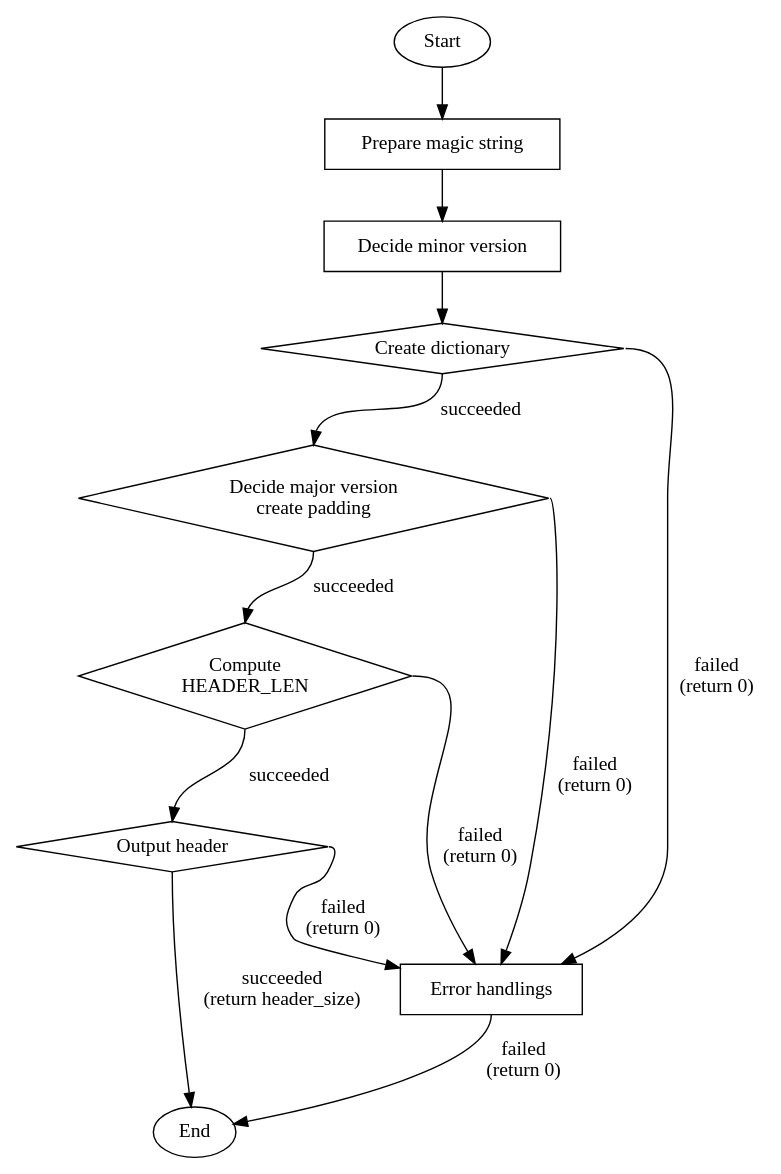
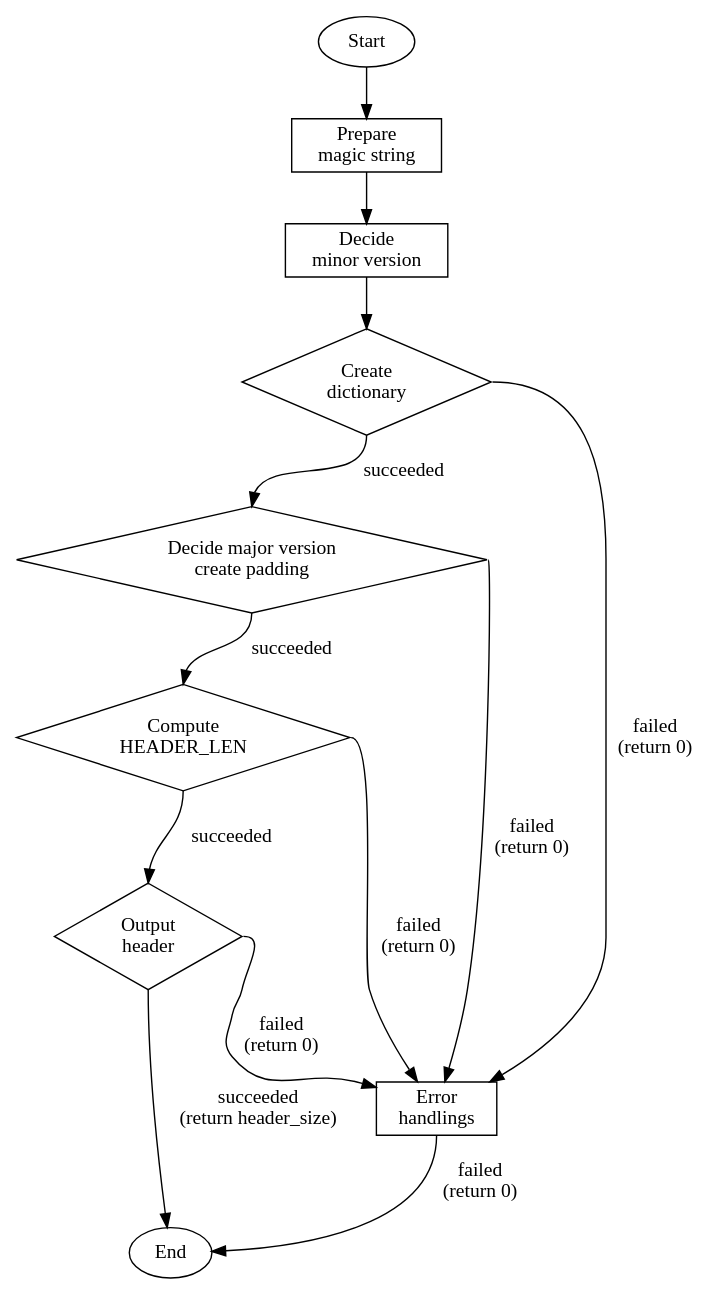
The diagram in docs/source/implementation_writer.rst (NaokiHori/SimpleNpyIO), drawn with Graphviz before and after one commit. The commit also changed 5 other files, not shown here.

```diff
--- a/docs/source/implementation_writer.rst
+++ b/docs/source/implementation_writer.rst
@@ -53,57 +53,57 @@
 .. graphviz::
 
    digraph {
 
       spline = false;
 
       start [
          label = "Start";
          shape = oval;
       ];
       magic_string [
-         label = "Prepare magic string";
+         label = "Prepare\nmagic string";
          shape = rect;
       ];
       minor_version [
-         label = "Decide minor version";
+         label = "Decide\nminor version";
          shape = rect;
       ];
       create_dict [
-         label = "Create dictionary";
+         label = "Create\ndictionary";
          shape = diamond;
       ];
       major_version [
          label = "Decide major version\ncreate padding";
          shape = diamond;
       ];
       header_len [
          label = "Compute\nHEADER_LEN";
          shape = diamond;
       ];
       output [
-         label = "Output header";
+         label = "Output\nheader";
          shape = diamond;
       ];
       end [
          label = "End";
          shape = oval;
       ];
       error [
-         label = "Error handlings"
+         label = "Error\nhandlings"
          shape = rect;
       ];
 
       start:s         -> magic_string:n;
       magic_string:s  -> minor_version:n;
       minor_version:s -> create_dict:n;
       create_dict:s   -> major_version:n [label="succeeded"];
       create_dict:e   -> error           [label="failed\n(return 0)"];
       major_version:s -> header_len:n    [label="succeeded"];
       major_version:e -> error           [label="failed\n(return 0)"];
       header_len:s    -> output:n        [label="succeeded"];
       header_len:e    -> error           [label="failed\n(return 0)"];
       output:s        -> end             [label="succeeded\n(return header_size)"];
       output:e        -> error           [label="failed\n(return 0)"];
       error:s         -> end             [label="failed\n(return 0)"];
 
    }
```
